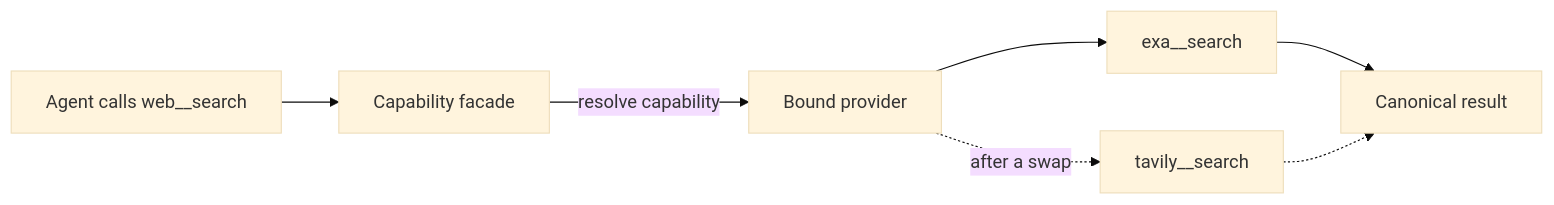
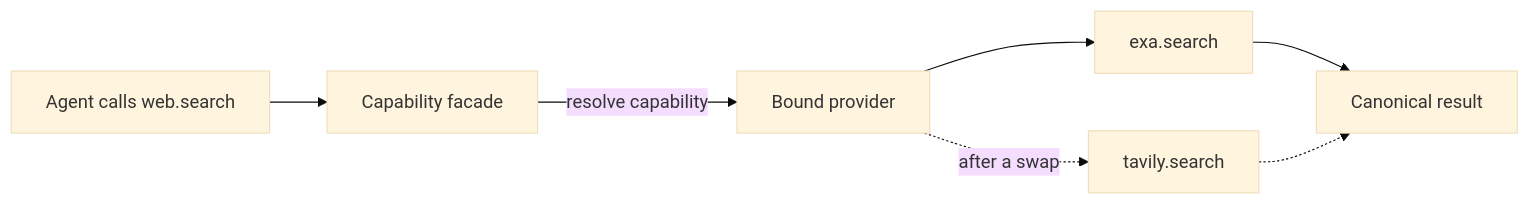
The diagram in content/docs/core/swappable-layers.mdx (amajorai/ryu-docs), drawn with Mermaid (base theme) before and after one commit. The commit also changed other lines of this file and 317 other files, not shown here.

````diff
--- a/content/docs/core/swappable-layers.mdx
+++ b/content/docs/core/swappable-layers.mdx
@@ -25,9 +25,9 @@
 ```mermaid
 flowchart LR
-  A["Agent calls web__search"] --> B["Capability facade"]
+  A["Agent calls web.search"] --> B["Capability facade"]
   B -->|"resolve capability"| C["Bound provider"]
-  C --> D["exa__search"]
-  C -.->|"after a swap"| E["tavily__search"]
+  C --> D["exa.search"]
+  C -.->|"after a swap"| E["tavily.search"]
   D --> F["Canonical result"]
   E -.-> F
 ```
````
